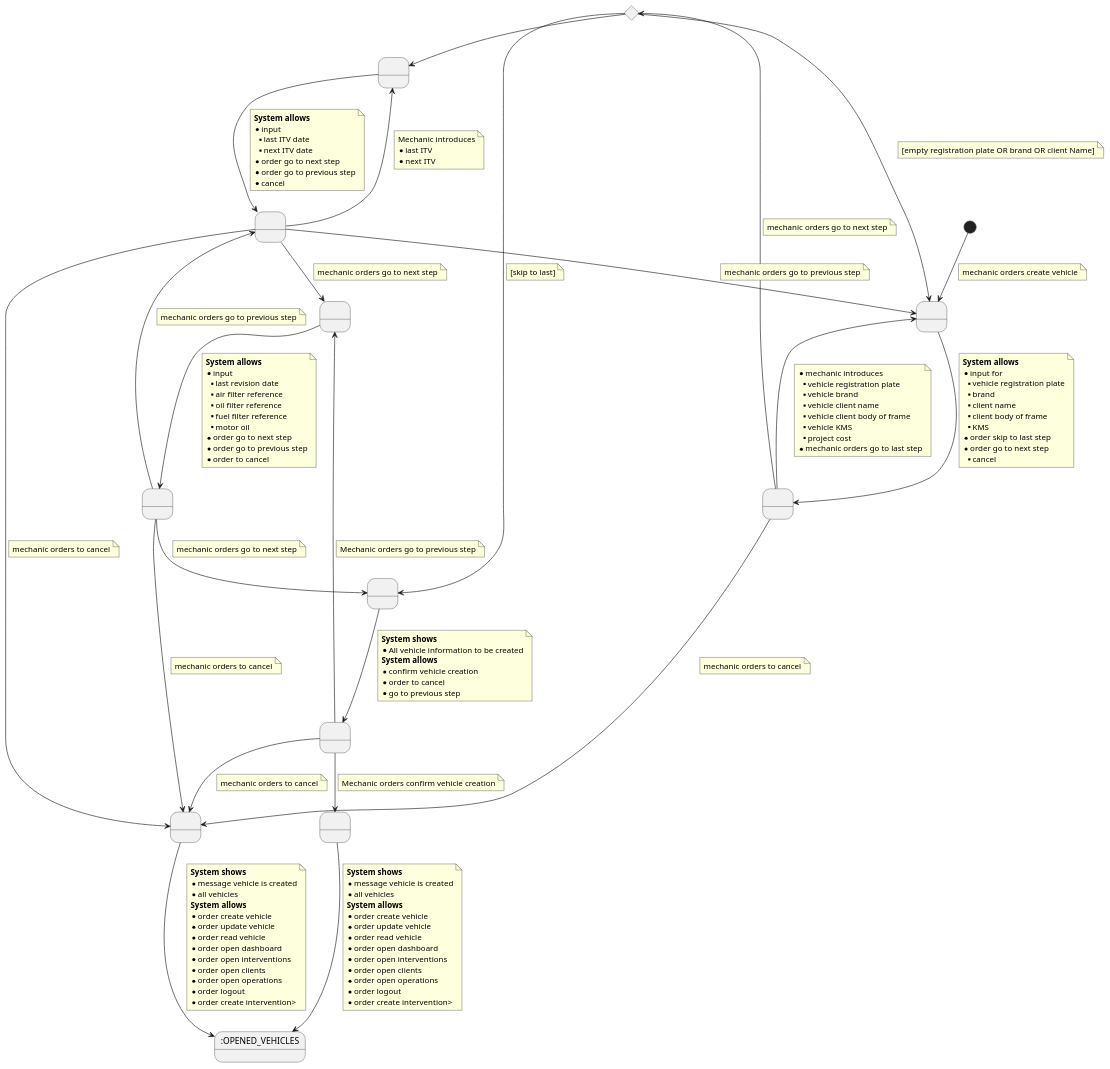
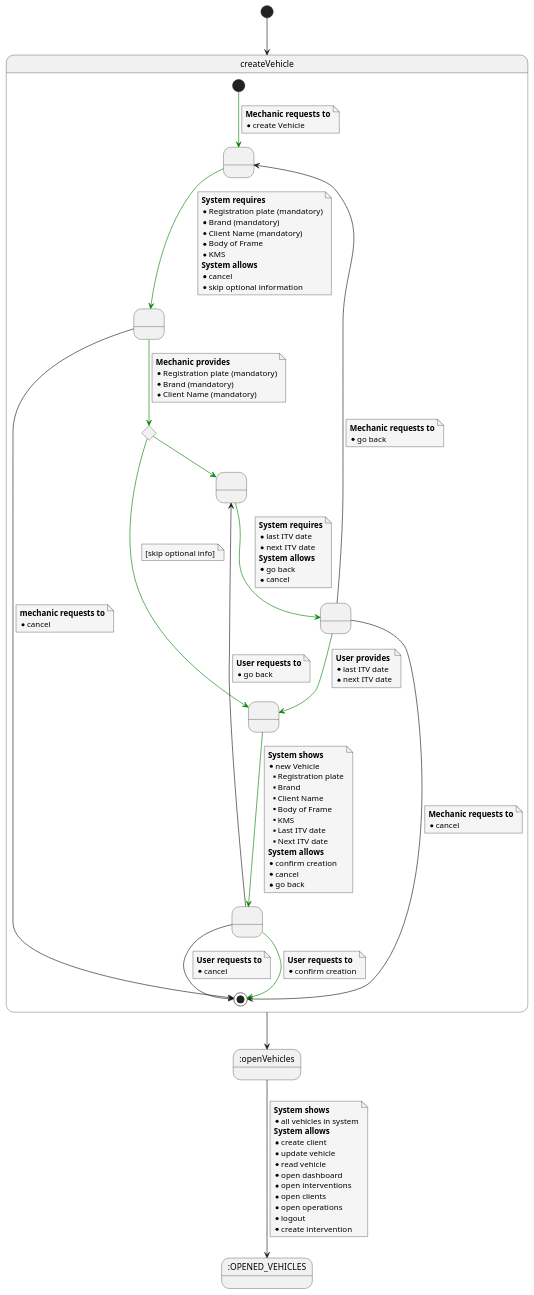
The diagram in documentation/1requiremets/usecases_specification/puml/createVehicle.puml (Ruskab/agrimManager), drawn with PlantUML before and after one commit. The commit also changed 3 other files, not shown here.

```diff
--- a/documentation/1requiremets/usecases_specification/puml/createVehicle.puml
+++ b/documentation/1requiremets/usecases_specification/puml/createVehicle.puml
@@ -1,190 +1,144 @@
 @startuml
+skinparam {
+    NoteBackgroundColor #whiteSmoke
+}
 
-state 3 <<choice>>
-state 9 as ":OPENED_VEHICLES"
+state OPENED_VEHICLES as ":OPENED_VEHICLES"
+state openVehicles as ":openVehicles"
+
+[*] -down-> createVehicle
+
+state createVehicle {
 state 1 as " "
+state A0 as " "
+state A1 as " "
 state 2 as " "
-state 3 as " "
 state 4 as " "
+state A4 <<choice>>
 state 6 as " "
-state 7 as " "
-state 8 as " "
-state 10 as " "
-state A1 as " "
-state A0 as " "
-state A2 as " "
 
-[*] --> 1
+[*]  -[#Green]down-> 1
 note on link
-    mechanic orders create vehicle
+    <b>Mechanic requests to</b>
+    * create Vehicle
 end note
 
-1 --> 2
+1 -[#Green]down-> 2
 note on link
+    <b>System requires</b>
+    * Registration plate (mandatory)
+    * Brand (mandatory)
+    * Client Name (mandatory)
+    * Body of Frame
+    * KMS
     <b>System allows</b>
-    * input for
-    ** vehicle registration plate
-    ** brand
-    ** client name
-    ** client body of frame
-    ** KMS
-    * order skip to last step
-    * order go to next step
-    ** cancel
+    * cancel
+    * skip optional information
 end note
 
-2 --> 1
+2 -down-> [*]
 note on link
-    * mechanic introduces
-    ** vehicle registration plate
-    ** vehicle brand
-    ** vehicle client name
-    ** vehicle client body of frame
-    ** vehicle KMS
-    ** project cost
-    * mechanic orders go to last step
+<b>mechanic requests to
+* cancel
 end note
 
-2 --> 10
+2 -[#Green]down-> A4
 note on link
-mechanic orders to cancel
+<b>Mechanic provides</b>
+* Registration plate (mandatory)
+* Brand (mandatory)
+* Client Name (mandatory)
 end note
 
-2 --> 3
+A4 -[#Green]down-> A1
 note on link
- mechanic orders go to next step
+[skip optional info]
 end note
 
-3 --> 1
+
+A4 -[#Green]down-> 4
+
+4 -[#Green]down-> A0
 note on link
-    [empty registration plate OR brand OR client Name]
+<b>System requires</b>
+* last ITV date
+* next ITV date
+<b>System allows</b>
+* go back
+* cancel
 end note
 
-3 --> 6
+A0 -left-> 1
 note on link
-    [skip to last]
+<b>Mechanic requests to</b>
+* go back
 end note
 
-3 --> 4
-
-4 --> A0
+A0 -down-> [*]
 note on link
-    <b>System allows</b>
-    * input
-    **last ITV date
-    **next ITV date
-    * order go to next step
-    * order go to previous step
-    * cancel
+<b>Mechanic requests to</b>
+* cancel
 end note
 
-A0 --> 4
+A0 -[#Green]down-> A1
 note on link
-    Mechanic introduces
-    * last ITV
-    * next ITV
+<b>User provides</b>
+* last ITV date
+* next ITV date
 end note
 
-A0 --> 10
+A1 -[#Green]down-> 6
 note on link
-mechanic orders to cancel
+    <b>System shows</b>
+    * new Vehicle
+    ** Registration plate
+    ** Brand
+    ** Client Name
+    ** Body of Frame
+    ** KMS
+    ** Last ITV date
+    ** Next ITV date
+    <b>System allows</b>
+    *confirm creation
+    *cancel
+    *go back
 end note
 
-A0 --> 1
+6 -[#Green]down-> [*]
 note on link
-mechanic orders go to previous step
+<b>User requests to</b>
+* confirm creation
 end note
 
-A0 --> A1
+6 -up-> 4
 note on link
-mechanic orders go to next step
+<b>User requests to</b>
+* go back
 end note
 
-A1 --> A2
+6 -down-> [*]
 note on link
-    <b>System allows</b>
-    * input
-    ** last revision date
-    ** air filter reference
-    ** oil filter reference
-    ** fuel filter reference
-    ** motor oil
-    * order go to next step
-    * order go to previous step
-    * order to cancel
+<b>User requests to</b>
+* cancel
+end note
+}
+
+createVehicle --> openVehicles
+
+openVehicles --> OPENED_VEHICLES
+note on link
+<b>System shows</b>
+* all vehicles in system
+<b>System allows</b>
+* create client
+* update vehicle
+* read vehicle
+* open dashboard
+* open interventions
+* open clients
+* open operations
+* logout
+* create intervention
 end note
 
-A2 --> A0
-note on link
-    mechanic orders go to previous step
-end note
-
-A2 --> 10
-note on link
-    mechanic orders to cancel
-end note
-
-A2 --> 6
-note on link
- mechanic orders go to next step
-end note
-
-6 --> 7
-note on link
-    <b>System shows</b>
-    * All vehicle information to be created
-    <b>System allows</b>
-    * confirm vehicle creation
-    * order to cancel
-    * go to previous step
-end note
-
-7 --> A1
-note on link
-    Mechanic orders go to previous step
-end note
-
-7 --> 10
-note on link
-    mechanic orders to cancel
-end note
-
-10 --> 9
-note on link
-<b>System shows</b>
-* message vehicle is created
-* all vehicles
-<b>System allows</b>
-* order create vehicle
-* order update vehicle
-* order read vehicle
-* order open dashboard
-* order open interventions
-* order open clients
-* order open operations
-* order logout
-* order create intervention>
-end note
-
-7 --> 8
-note on link
- Mechanic orders confirm vehicle creation
-end note
-
-8 --> 9
-note on link
-<b>System shows</b>
-* message vehicle is created
-* all vehicles
-<b>System allows</b>
-* order create vehicle
-* order update vehicle
-* order read vehicle
-* order open dashboard
-* order open interventions
-* order open clients
-* order open operations
-* order logout
-* order create intervention>
-end note
 @enduml
```
